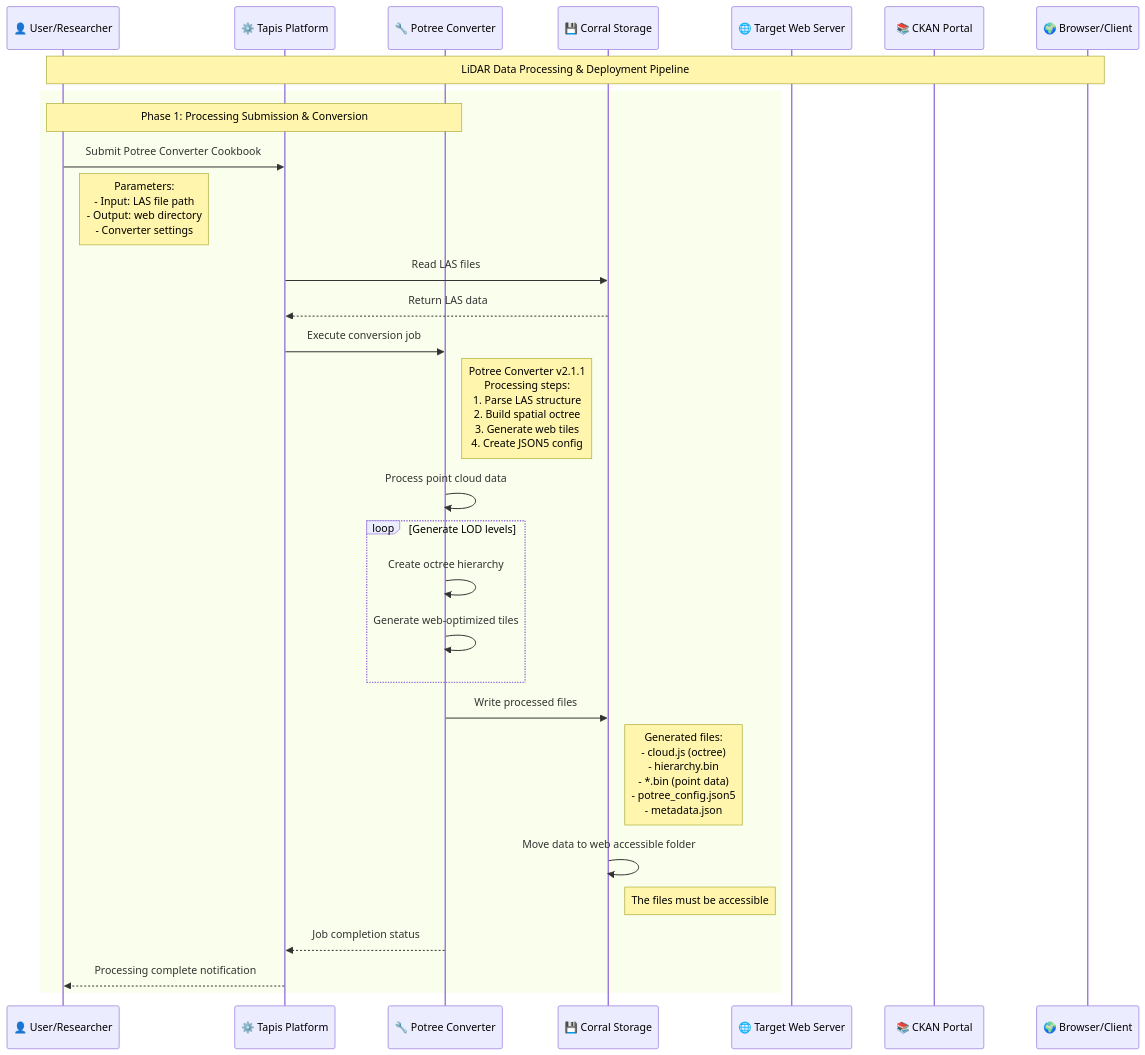
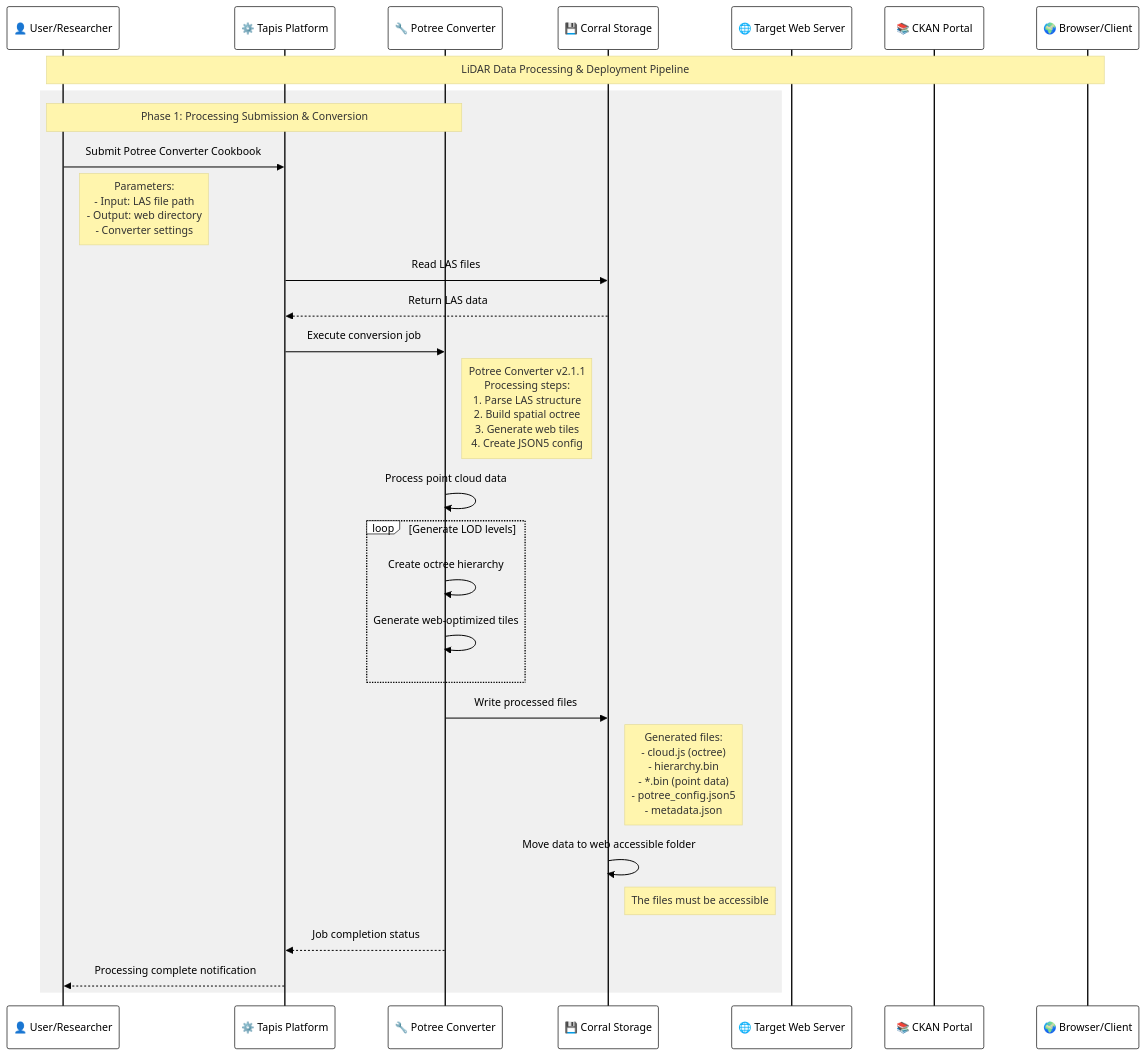
Before and after one commit to In-For-Disaster-Analytics/potree: the first of 5 diagrams in README-pipeline.md, drawn with Mermaid. The commit also changed other lines of this file, not shown here.

````diff
--- a/README-pipeline.md
+++ b/README-pipeline.md
@@ -13,42 +13,43 @@
 ```mermaid
+%%{ init : { "theme" : "base", "themeVariables" : { "primaryColor" : "#fff", "primaryTextColor" : "#000", "primaryBorderColor" : "#000", "lineColor" : "#000", "secondaryColor" : "#f8f8f8", "tertiaryColor" : "#f0f0f0" }}}%%
 sequenceDiagram
     participant User as 👤 User/Researcher
     participant Tapis as ⚙️ Tapis Platform
     participant Potree as 🔧 Potree Converter
     participant Corral as 💾 Corral Storage
     participant Target as 🌐 Target Web Server
     participant CKAN as 📚 CKAN Portal
     participant Browser as 🌍 Browser/Client
 
     Note over User,Browser: LiDAR Data Processing & Deployment Pipeline
 
     %% Processing Submission
     rect
         Note over User,Potree: Phase 1: Processing Submission & Conversion
         User->>Tapis: Submit  Potree Converter Cookbook
         Note right of User: Parameters:<br/>- Input: LAS file path<br/>- Output: web directory<br/>- Converter settings
 
         Tapis->>Corral: Read LAS files
         Corral-->>Tapis: Return LAS data
 
         Tapis->>Potree: Execute conversion job
         Note right of Potree: Potree Converter v2.1.1<br/>Processing steps:<br/>1. Parse LAS structure<br/>2. Build spatial octree<br/>3. Generate web tiles<br/>4. Create JSON5 config
 
         Potree->>Potree: Process point cloud data
         loop Generate LOD levels
             Potree->>Potree: Create octree hierarchy
             Potree->>Potree: Generate web-optimized tiles
         end
 
         Potree->>Corral: Write processed files
         Note right of Corral: Generated files:<br/>- cloud.js (octree)<br/>- hierarchy.bin<br/>- *.bin (point data)<br/>- potree_config.json5<br/>- metadata.json
 
 
         Corral->>Corral: Move data to web accessible folder
         Note right of Corral: The files must be accessible
 
         Potree-->>Tapis: Job completion status
         Tapis-->>User: Processing complete notification
     end
 
 ```
````
